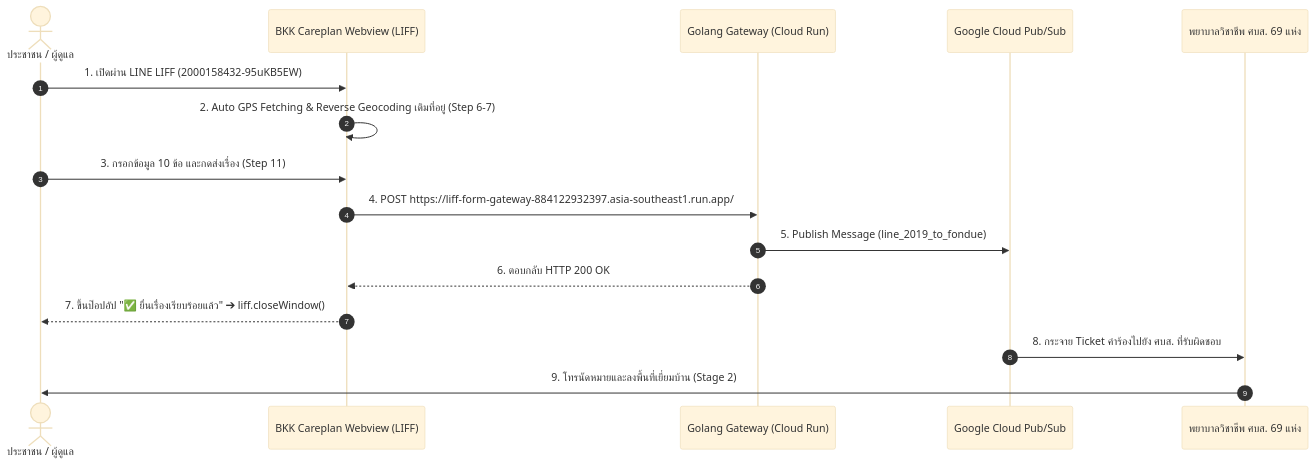
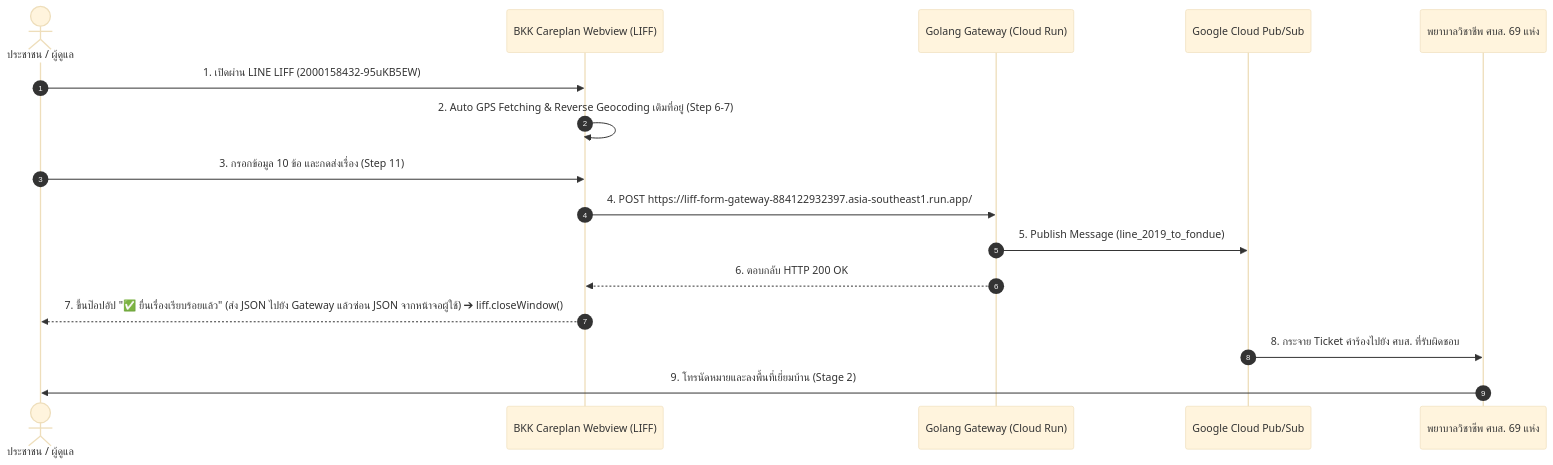
One commit to traffy-nectec/bkk-careplan changed the diagram in docs/context.md. Above: the diagram before and after it, drawn with Mermaid (base theme). The commit also changed 5 other files, not shown here.

````diff
--- a/docs/context.md
+++ b/docs/context.md
@@ -12,19 +12,19 @@
 ```mermaid
 sequenceDiagram
     autonumber
     actor User as ประชาชน / ผู้ดูแล
     participant Webview as BKK Careplan Webview (LIFF)
     participant Gateway as Golang Gateway (Cloud Run)
     participant PubSub as Google Cloud Pub/Sub
     participant Staff as พยาบาลวิชาชีพ ศบส. 69 แห่ง
 
     User->>Webview: 1. เปิดผ่าน LINE LIFF (2000158432-95uKB5EW)
     Webview->>Webview: 2. Auto GPS Fetching & Reverse Geocoding เติมที่อยู่ (Step 6-7)
     User->>Webview: 3. กรอกข้อมูล 10 ข้อ และกดส่งเรื่อง (Step 11)
     Webview->>Gateway: 4. POST https://liff-form-gateway-884122932397.asia-southeast1.run.app/
     Gateway->>PubSub: 5. Publish Message (line_2019_to_fondue)
     Gateway-->>Webview: 6. ตอบกลับ HTTP 200 OK
-    Webview-->>User: 7. ขึ้นป๊อปอัป "✅ ยื่นเรื่องเรียบร้อยแล้ว" ➔ liff.closeWindow()
+    Webview-->>User: 7. ขึ้นป๊อปอัป "✅ ยื่นเรื่องเรียบร้อยแล้ว" (ส่ง JSON ไปยัง Gateway แล้วซ่อน JSON จากหน้าจอผู้ใช้) ➔ liff.closeWindow()
     PubSub->>Staff: 8. กระจาย Ticket คำร้องไปยัง ศบส. ที่รับผิดชอบ
     Staff->>User: 9. โทรนัดหมายและลงพื้นที่เยี่ยมบ้าน (Stage 2)
 ```
````
